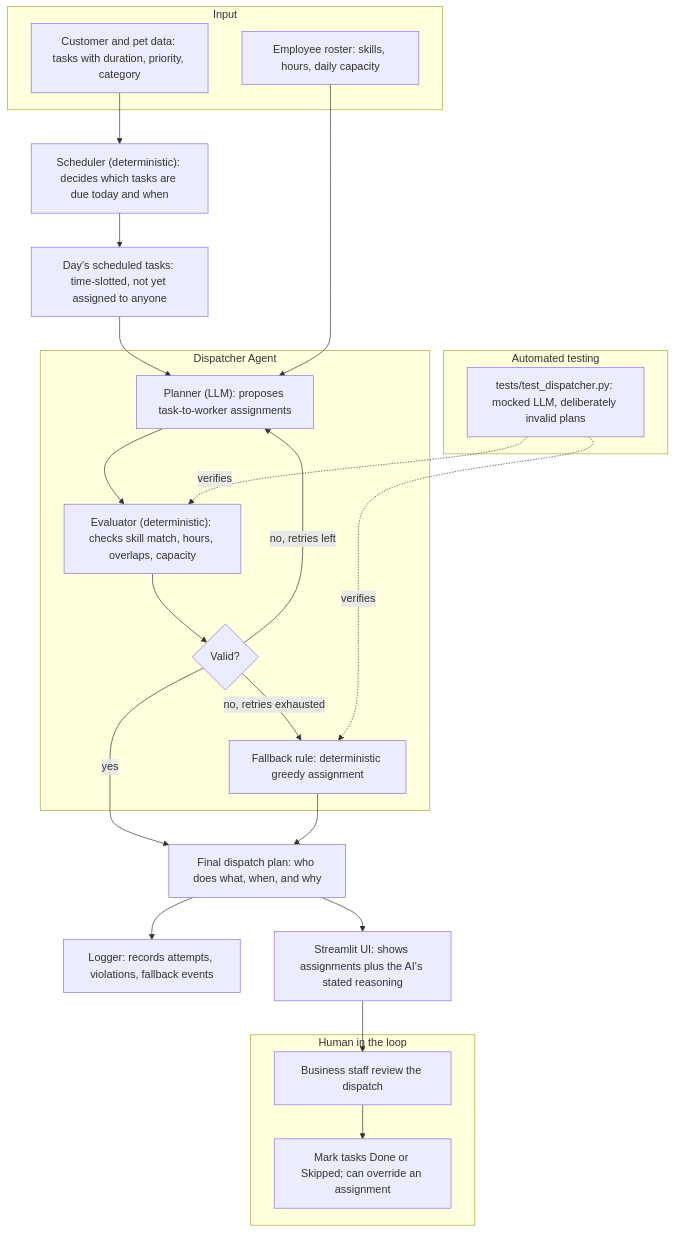
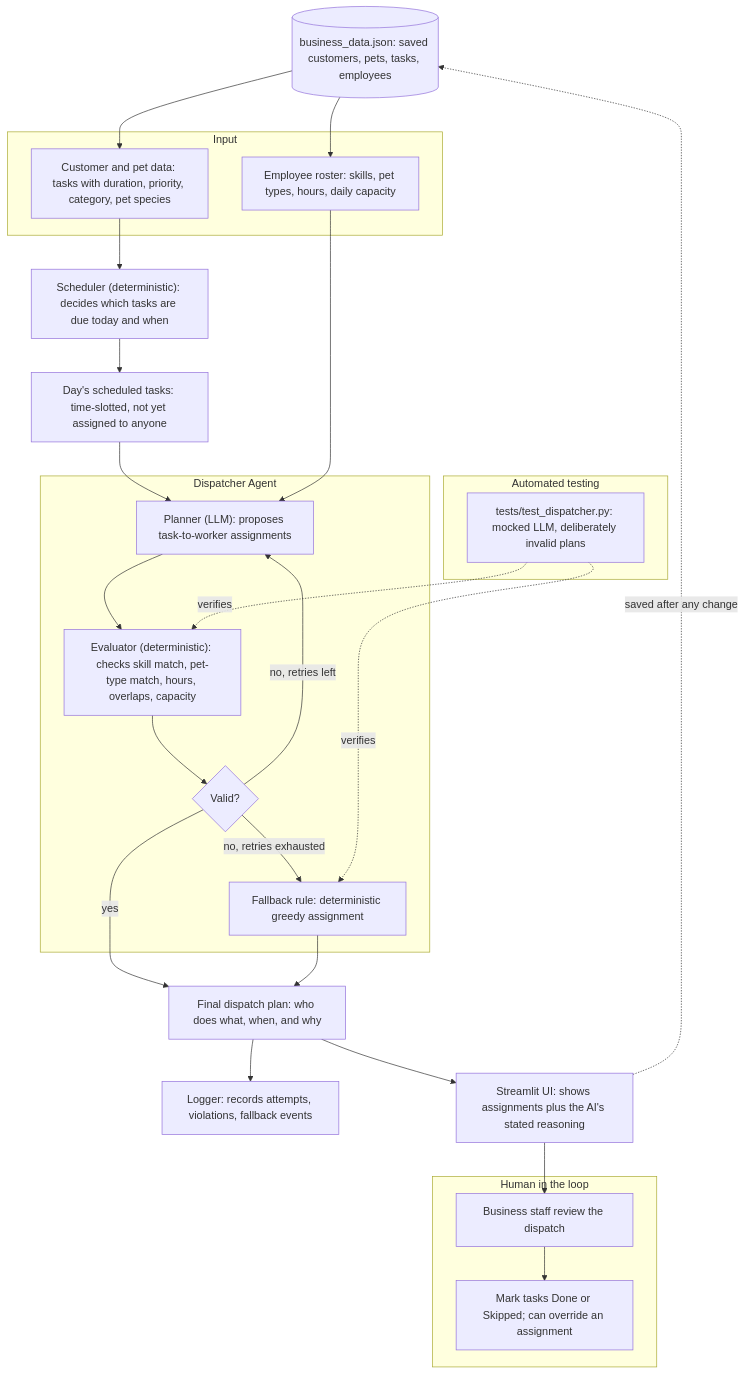
Before and after one commit to mjh-projects/ai110-applied-ai-system-project: the diagram in diagrams/architecure_flow_finalproject.mmd, drawn with Mermaid. The commit also changed 10 other files, not shown here.

First line of the commit message:
Employee pet enhancement: match workers to pet type, plus prior fixes

```diff
--- a/diagrams/architecure_flow_finalproject.mmd
+++ b/diagrams/architecure_flow_finalproject.mmd
@@ -1,43 +1,49 @@
 flowchart TD
+    STORE[("business_data.json: saved customers, pets, tasks, employees")]
+
     subgraph INPUT["Input"]
-        CLIENT["Customer and pet data: tasks with duration, priority, category"]
-        STAFF["Employee roster: skills, hours, daily capacity"]
+        CLIENT["Customer and pet data: tasks with duration, priority, category, pet species"]
+        STAFF["Employee roster: skills, pet types, hours, daily capacity"]
     end
+
+    STORE --> CLIENT
+    STORE --> STAFF
 
     CLIENT --> SCHED["Scheduler (deterministic): decides which tasks are due today and when"]
     SCHED --> POOL["Day's scheduled tasks: time-slotted, not yet assigned to anyone"]
 
     subgraph AGENT["Dispatcher Agent"]
         PLAN["Planner (LLM): proposes task-to-worker assignments"]
-        CHECK["Evaluator (deterministic): checks skill match, hours, overlaps, capacity"]
+        CHECK["Evaluator (deterministic): checks skill match, pet-type match, hours, overlaps, capacity"]
         RETRY{"Valid?"}
         FALLBACK["Fallback rule: deterministic greedy assignment"]
     end
 
     POOL --> PLAN
     STAFF --> PLAN
     PLAN --> CHECK
     CHECK --> RETRY
     RETRY -- "no, retries left" --> PLAN
     RETRY -- "no, retries exhausted" --> FALLBACK
 
     OUTPUT["Final dispatch plan: who does what, when, and why"]
     RETRY -- "yes" --> OUTPUT
     FALLBACK --> OUTPUT
 
     OUTPUT --> LOG["Logger: records attempts, violations, fallback events"]
     OUTPUT --> UI["Streamlit UI: shows assignments plus the AI's stated reasoning"]
 
     subgraph HUMAN["Human in the loop"]
         REVIEW["Business staff review the dispatch"]
         ACT["Mark tasks Done or Skipped; can override an assignment"]
     end
 
     UI --> REVIEW --> ACT
+    UI -.saved after any change.-> STORE
 
     subgraph TEST["Automated testing"]
         MOCK["tests/test_dispatcher.py: mocked LLM, deliberately invalid plans"]
     end
 
     MOCK -.verifies.-> CHECK
     MOCK -.verifies.-> FALLBACK
```
